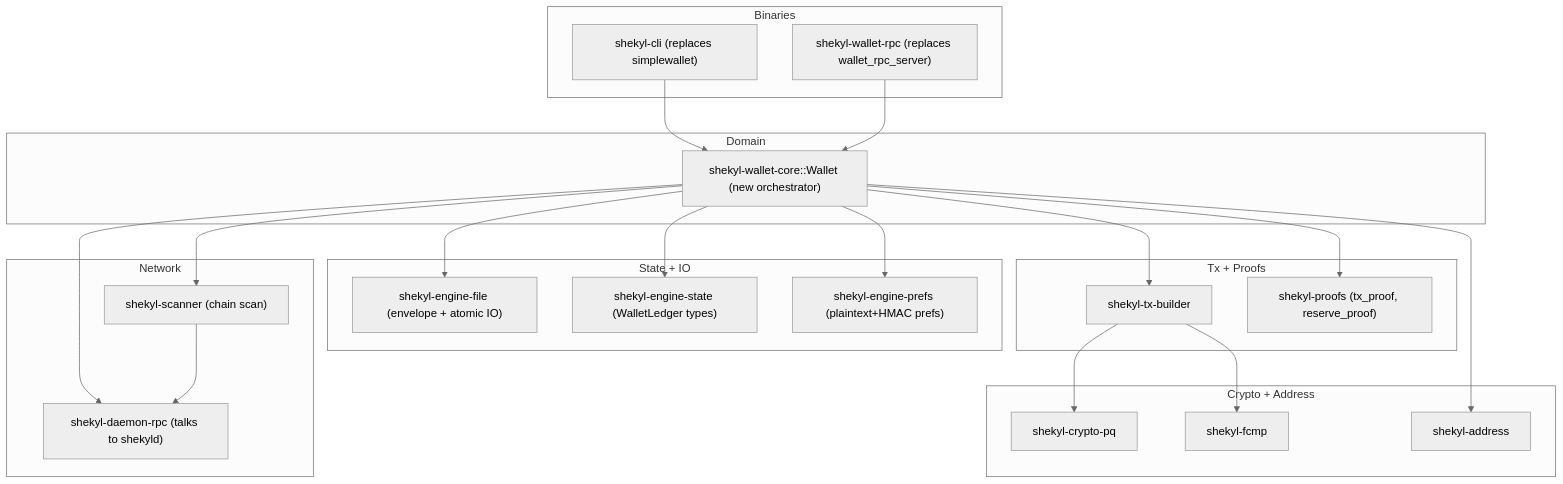
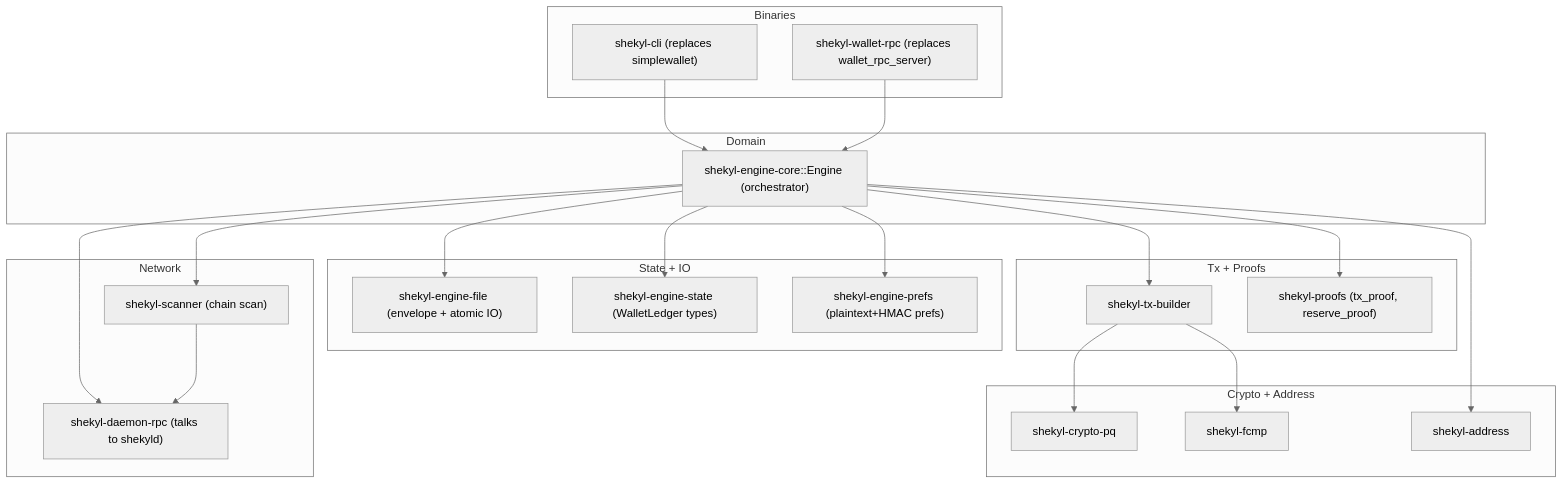
The first of 2 diagrams in docs/design/WALLET_REWRITE_PLAN.md (Shekyl-Foundation/shekyl-core), drawn with Mermaid (neutral theme) before and after one commit. The commit also changed other lines of this file and 83 other files, not shown here.

````diff
--- a/docs/design/WALLET_REWRITE_PLAN.md
+++ b/docs/design/WALLET_REWRITE_PLAN.md
@@ -114,47 +116,47 @@
 ```mermaid
 flowchart TB
     subgraph Bins[Binaries]
       Cli["shekyl-cli (replaces simplewallet)"]
       Rpc["shekyl-wallet-rpc (replaces wallet_rpc_server)"]
     end
 
     subgraph Api[Domain]
-      WalletCore["shekyl-wallet-core::Wallet (new orchestrator)"]
+      WalletCore["shekyl-engine-core::Engine (orchestrator)"]
     end
 
     subgraph State[State + IO]
       WFile["shekyl-engine-file (envelope + atomic IO)"]
       WState["shekyl-engine-state (WalletLedger types)"]
       WPrefs["shekyl-engine-prefs (plaintext+HMAC prefs)"]
     end
 
     subgraph Net[Network]
       DRpc["shekyl-daemon-rpc (talks to shekyld)"]
       Scanner["shekyl-scanner (chain scan)"]
     end
 
     subgraph TxC[Tx + Proofs]
       TxB["shekyl-tx-builder"]
       Proofs["shekyl-proofs (tx_proof, reserve_proof)"]
     end
 
     subgraph Crypto[Crypto + Address]
       CryptoPq["shekyl-crypto-pq"]
       Fcmp["shekyl-fcmp"]
       Address["shekyl-address"]
     end
 
     Cli --> WalletCore
     Rpc --> WalletCore
     WalletCore --> WFile
     WalletCore --> WState
     WalletCore --> WPrefs
     WalletCore --> Scanner
     WalletCore --> TxB
     WalletCore --> Proofs
     WalletCore --> Address
     WalletCore --> DRpc
     Scanner --> DRpc
     TxB --> Fcmp
     TxB --> CryptoPq
 ```
````
